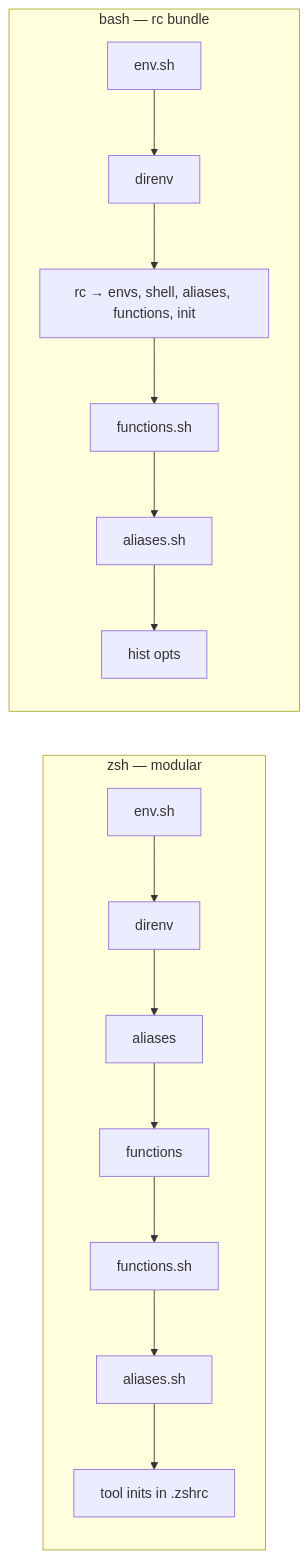
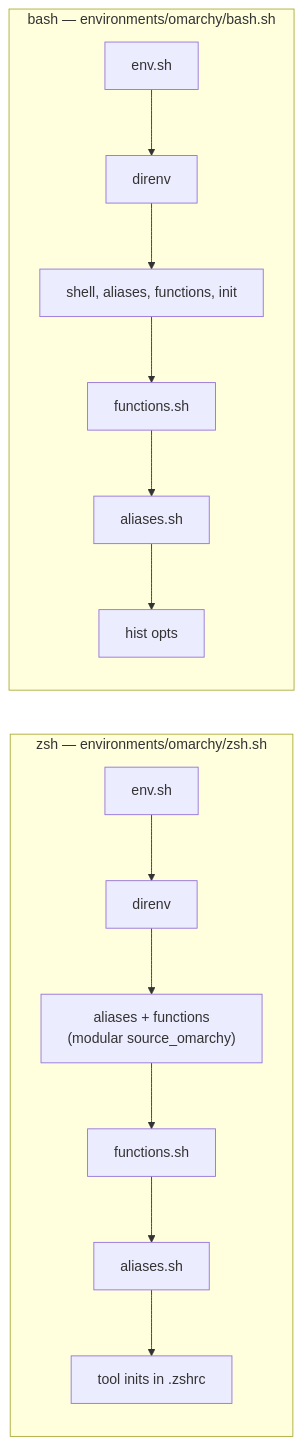
One commit to p10ns11y/shellyxz.sh changed the eighth of 11 diagrams in shell.md. Above: the diagram before and after it, drawn with Mermaid. The commit also changed other lines of this file and 48 other files, not shown here.

First line of the commit message:
Modular shell config with environment presets.

````diff
--- a/shell.md
+++ b/shell.md
@@ -376,19 +370,18 @@
 ```mermaid
 flowchart LR
-    subgraph zsh_mode["zsh — modular"]
+    subgraph zsh_mode["zsh — environments/omarchy/zsh.sh"]
         z1["env.sh"] --> z2["direnv"]
-        z2 --> z3["aliases"]
-        z3 --> z4["functions"]
-        z4 --> z5["functions.sh"]
-        z5 --> z6["aliases.sh"]
-        z6 --> z7["tool inits in .zshrc"]
+        z2 --> z3["aliases + functions<br/>(modular source_omarchy)"]
+        z3 --> z4["functions.sh"]
+        z4 --> z5["aliases.sh"]
+        z5 --> z6["tool inits in .zshrc"]
     end
 
-    subgraph bash_mode["bash — rc bundle"]
+    subgraph bash_mode["bash — environments/omarchy/bash.sh"]
         b1["env.sh"] --> b2["direnv"]
-        b2 --> b3["rc → envs, shell, aliases, functions, init"]
+        b2 --> b3["shell, aliases, functions, init"]
         b3 --> b4["functions.sh"]
         b4 --> b5["aliases.sh"]
         b5 --> b6["hist opts"]
     end
 ```
````
